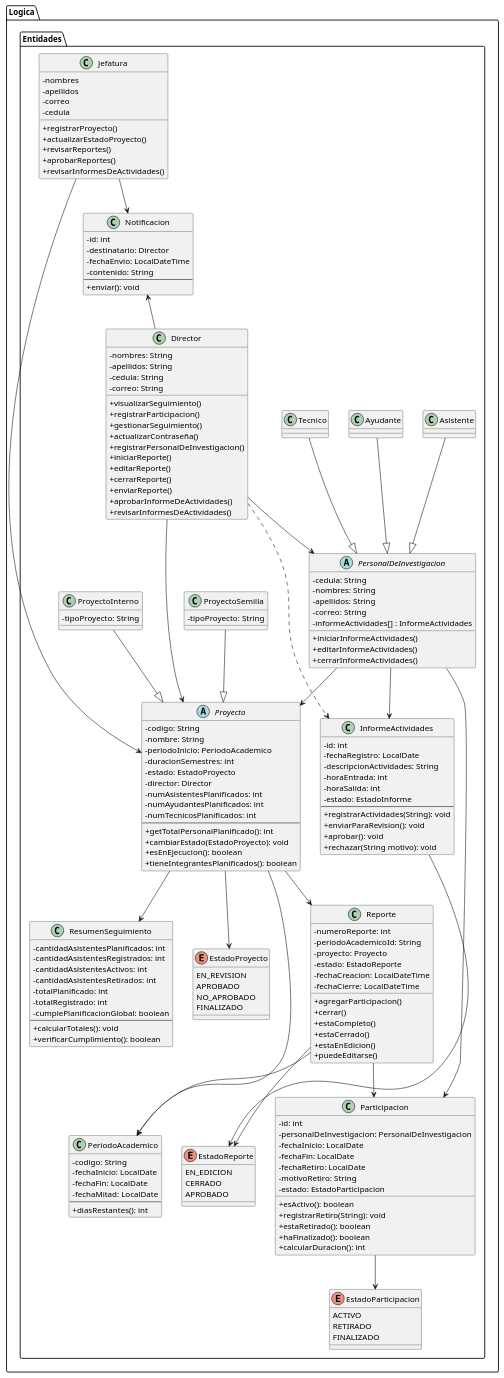
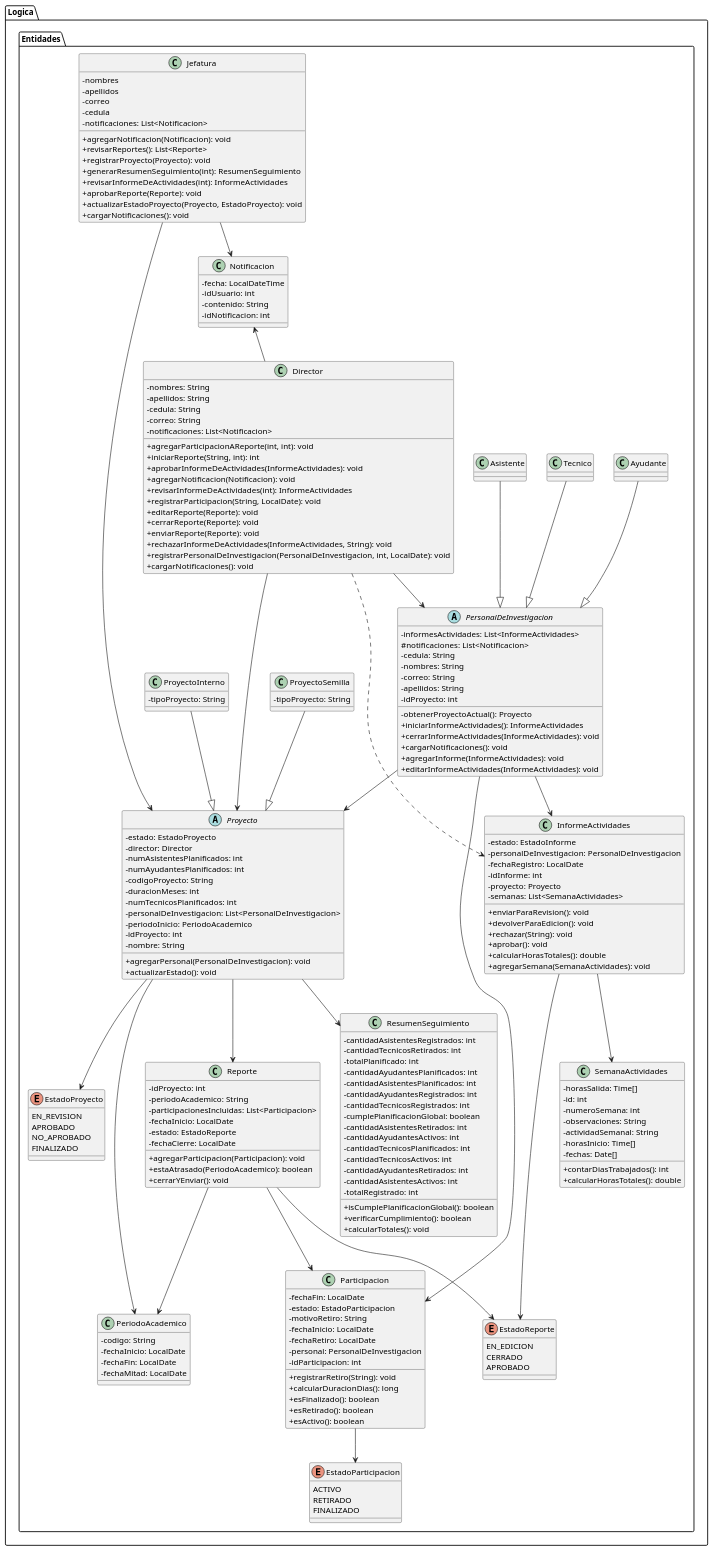
The diagram in src/DiagramaClases.puml (David-l24/AssistantsReport), drawn with PlantUML before and after one commit. The commit also changed 14 other files, not shown here.

```diff
--- a/src/DiagramaClases.puml
+++ b/src/DiagramaClases.puml
@@ -9,12 +9,15 @@
         - apellidos
         - correo
         - cedula
-
-        + registrarProyecto()
-        + actualizarEstadoProyecto()
-        + revisarReportes()
-        + aprobarReportes()
-        + revisarInformesDeActividades()
+        - notificaciones: List<Notificacion>
+        + agregarNotificacion(Notificacion): void
+        + revisarReportes(): List<Reporte>
+        + registrarProyecto(Proyecto): void
+        + generarResumenSeguimiento(int): ResumenSeguimiento
+        + revisarInformeDeActividades(int): InformeActividades
+        + aprobarReporte(Reporte): void
+        + actualizarEstadoProyecto(Proyecto, EstadoProyecto): void
+        + cargarNotificaciones(): void
     }
 
     class Director {
@@ -22,47 +25,51 @@
         - apellidos: String
         - cedula: String
         - correo: String
-
-        + visualizarSeguimiento()
-        + registrarParticipacion()
-        + gestionarSeguimiento()
-        + actualizarContraseña()
-        + registrarPersonalDeInvestigacion()
-        + iniciarReporte()
-        + editarReporte()
-        + cerrarReporte()
-        + enviarReporte()
-        + aprobarInformeDeActividades()
-        + revisarInformesDeActividades()
+        - notificaciones: List<Notificacion>
+        + agregarParticipacionAReporte(int, int): void
+        + iniciarReporte(String, int): int
+        + aprobarInformeDeActividades(InformeActividades): void
+        + agregarNotificacion(Notificacion): void
+        + revisarInformeDeActividades(int): InformeActividades
+        + registrarParticipacion(String, LocalDate): void
+        + editarReporte(Reporte): void
+        + cerrarReporte(Reporte): void
+        + enviarReporte(Reporte): void
+        + rechazarInformeDeActividades(InformeActividades, String): void
+        + registrarPersonalDeInvestigacion(PersonalDeInvestigacion, int, LocalDate): void
+        + cargarNotificaciones(): void
     }
 
     abstract class PersonalDeInvestigacion {
+        - informesActividades: List<InformeActividades>
+        # notificaciones: List<Notificacion>
         - cedula: String
         - nombres: String
+        - correo: String
         - apellidos: String
-        - correo: String
-        - informeActividades[] : InformeActividades
-
-        + iniciarInformeActividades()
-        + editarInformeActividades()
-        + cerrarInformeActividades()
+        - idProyecto: int
+        - obtenerProyectoActual(): Proyecto
+        + iniciarInformeActividades(): InformeActividades
+        + cerrarInformeActividades(InformeActividades): void
+        + cargarNotificaciones(): void
+        + agregarInforme(InformeActividades): void
+        + editarInformeActividades(InformeActividades): void
     }
 
     abstract class Proyecto {
-        - codigo: String
-        - nombre: String
-        - periodoInicio: PeriodoAcademico
-        - duracionSemestres: int
         - estado: EstadoProyecto
         - director: Director
         - numAsistentesPlanificados: int
         - numAyudantesPlanificados: int
+        - codigoProyecto: String
+        - duracionMeses: int
         - numTecnicosPlanificados: int
-        --
-        + getTotalPersonalPlanificado(): int
-        + cambiarEstado(EstadoProyecto): void
-        + esEnEjecucion(): boolean
-        + tieneIntegrantesPlanificados(): boolean
+        - personalDeInvestigacion: List<PersonalDeInvestigacion>
+        - periodoInicio: PeriodoAcademico
+        - idProyecto: int
+        - nombre: String
+        + agregarPersonal(PersonalDeInvestigacion): void
+        + actualizarEstado(): void
     }
 
     class ProyectoSemilla {
@@ -74,19 +81,15 @@
     }
 
     class Reporte {
-        - numeroReporte: int
-        - periodoAcademicoId: String
-        - proyecto: Proyecto
+        - idProyecto: int
+        - periodoAcademico: String
+        - participacionesIncluidas: List<Participacion>
+        - fechaInicio: LocalDate
         - estado: EstadoReporte
-        - fechaCreacion: LocalDateTime
-        - fechaCierre: LocalDateTime
-
-        + agregarParticipacion()
-        + cerrar()
-        + estaCompleto()
-        + estaCerrado()
-        + estaEnEdicion()
-        + puedeEditarse()
+        - fechaCierre: LocalDate
+        + agregarParticipacion(Participacion): void
+        + estaAtrasado(PeriodoAcademico): boolean
+        + cerrarYEnviar(): void
     }
 
     class PeriodoAcademico {
@@ -94,60 +97,77 @@
         - fechaInicio: LocalDate
         - fechaFin: LocalDate
         - fechaMitad: LocalDate
-        --
-        + diasRestantes(): int
+
     }
 
     class Participacion {
-        - id: int
-        - personalDeInvestigacion: PersonalDeInvestigacion
+        - fechaFin: LocalDate
+        - estado: EstadoParticipacion
+        - motivoRetiro: String
         - fechaInicio: LocalDate
-        - fechaFin: LocalDate
         - fechaRetiro: LocalDate
-        - motivoRetiro: String
-        - estado: EstadoParticipacion
-
+        - personal: PersonalDeInvestigacion
+        - idParticipacion: int
+        + registrarRetiro(String): void
+        + calcularDuracionDias(): long
+        + esFinalizado(): boolean
+        + esRetirado(): boolean
         + esActivo(): boolean
-        + registrarRetiro(String): void
-        + estaRetirado(): boolean
-        + haFinalizado(): boolean
-        + calcularDuracion(): int
     }
 
     class InformeActividades {
-        - id: int
+        - estado: EstadoInforme
+        - personalDeInvestigacion: PersonalDeInvestigacion
         - fechaRegistro: LocalDate
-        - descripcionActividades: String
-        - horaEntrada: int
-        - horaSalida: int
-        - estado: EstadoInforme
-        --
-        + registrarActividades(String): void
+        - idInforme: int
+        - proyecto: Proyecto
+        - semanas: List<SemanaActividades>
         + enviarParaRevision(): void
+        + devolverParaEdicion(): void
+        + rechazar(String): void
         + aprobar(): void
-        + rechazar(String motivo): void
+        + calcularHorasTotales(): double
+        + agregarSemana(SemanaActividades): void
     }
 
     class ResumenSeguimiento {
+        - cantidadAsistentesRegistrados: int
+        - cantidadTecnicosRetirados: int
+        - totalPlanificado: int
+        - cantidadAyudantesPlanificados: int
         - cantidadAsistentesPlanificados: int
-        - cantidadAsistentesRegistrados: int
+        - cantidadAyudantesRegistrados: int
+        - cantidadTecnicosRegistrados: int
+        - cumplePlanificacionGlobal: boolean
+        - cantidadAsistentesRetirados: int
+        - cantidadAyudantesActivos: int
+        - cantidadTecnicosPlanificados: int
+        - cantidadTecnicosActivos: int
+        - cantidadAyudantesRetirados: int
         - cantidadAsistentesActivos: int
-        - cantidadAsistentesRetirados: int
-        - totalPlanificado: int
         - totalRegistrado: int
-        - cumplePlanificacionGlobal: boolean
-        --
+        + isCumplePlanificacionGlobal(): boolean
+        + verificarCumplimiento(): boolean
         + calcularTotales(): void
-        + verificarCumplimiento(): boolean
     }
 
     class Notificacion {
-        - id: int
-        - destinatario: Director
-        - fechaEnvio: LocalDateTime
+        - fecha: LocalDateTime
+        - idUsuario: int
         - contenido: String
-        --
-        + enviar(): void
+        - idNotificacion: int
+    }
+
+    class SemanaActividades {
+      - horasSalida: Time[]
+      - id: int
+      - numeroSemana: int
+      - observaciones: String
+      - actividadSemanal: String
+      - horasInicio: Time[]
+      - fechas: Date[]
+      + contarDiasTrabajados(): int
+      + calcularHorasTotales(): double
     }
 
     class Asistente {}
@@ -226,4 +246,6 @@
 Proyecto --> EstadoProyecto
 PersonalDeInvestigacion --> Proyecto
 
+InformeActividades --> SemanaActividades
+
 @enduml
```
